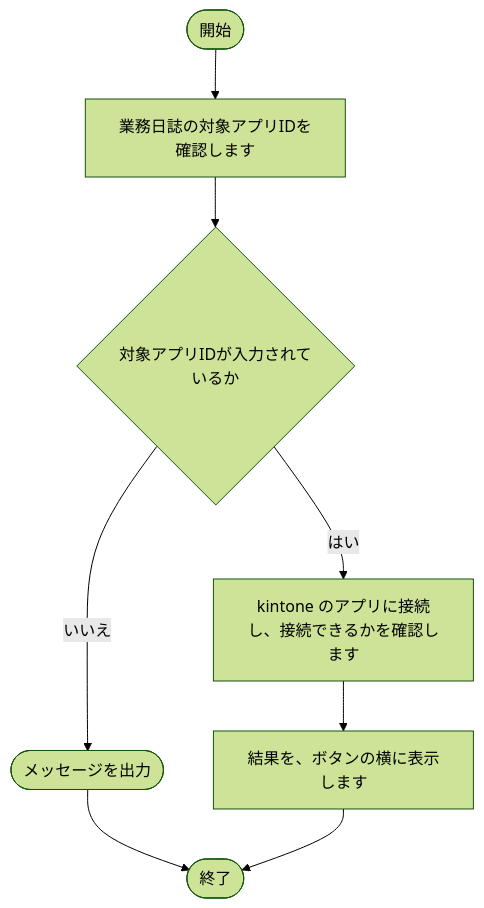
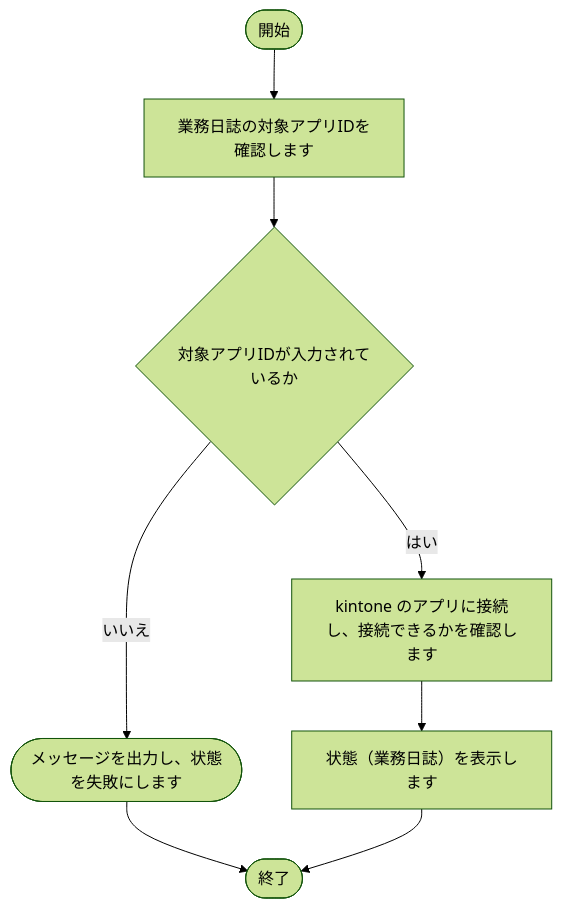
Diagram 18 of 25 in tool/kintone-aggregator/doc/02_設計/処理フロー.md (nishida2073/project_management), drawn with Mermaid (forest theme) before and after one commit. The commit also changed other lines of this file and 11 other files, not shown here.

````diff
--- a/tool/kintone-aggregator/doc/02_設計/処理フロー.md
+++ b/tool/kintone-aggregator/doc/02_設計/処理フロー.md
@@ -461,17 +461,17 @@
 ```mermaid
 flowchart TD
     S(["開始"])
     E(["終了"])
     N1["業務日誌の対象アプリIDを確認します"]
     S --> N1
     N2{"対象アプリIDが入力されているか"}
-    X2(["メッセージを出力"])
+    X2(["メッセージを出力し、状態を失敗にします"])
     X2 --> E
     N2 -- いいえ --> X2
     N1 --> N2
     N3["kintone のアプリに接続し、接続できるかを確認します"]
     N2 -- はい --> N3
-    N4["結果を、ボタンの横に表示します"]
+    N4["状態（業務日誌）を表示します"]
     N3 --> N4
     N4 --> E
 ```
````
